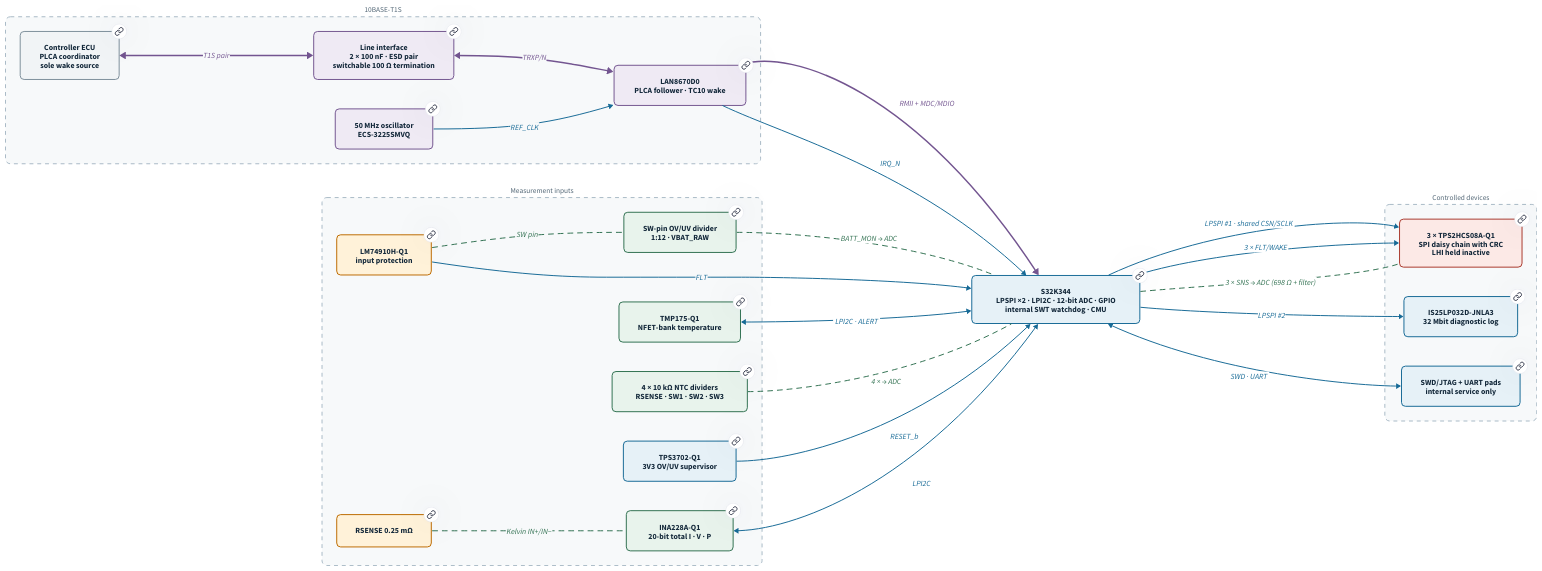
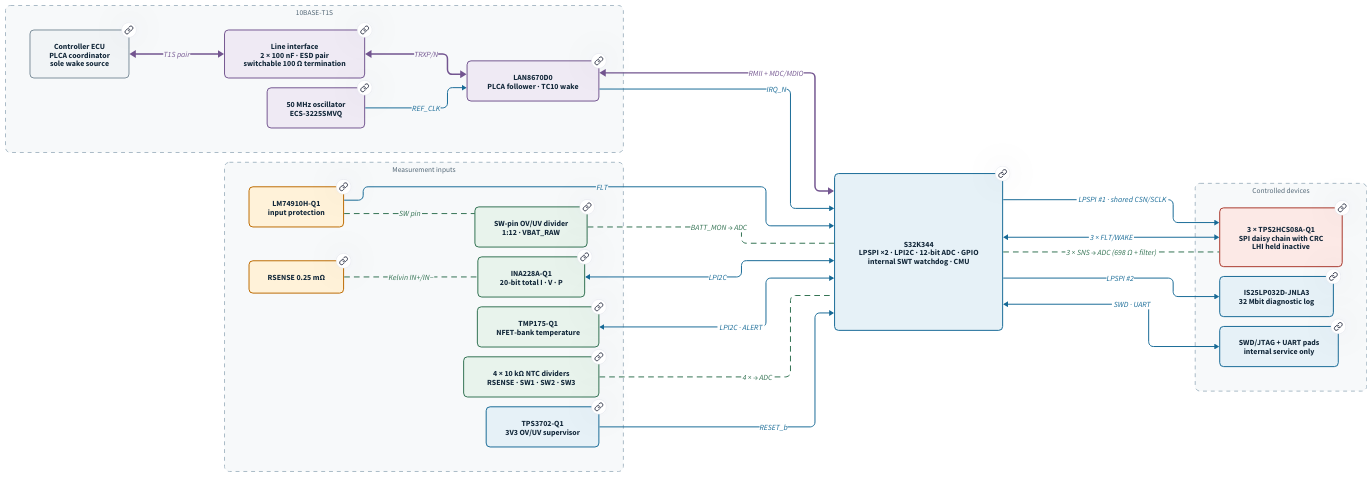
Before and after one commit to karlTbowers/node60-hw: the diagram in docs/diagram-drafts/signals.d2, drawn with D2. The commit also changed 3 other files, not shown here.

First line of the commit message:
Diagrams: set layout engines (power dagre, signals ELK), left-to-right

```diff
--- a/docs/diagram-drafts/signals.d2
+++ b/docs/diagram-drafts/signals.d2
@@ -1,68 +1,74 @@
 # Node60 · Signal architecture, digital and analog (Architecture Rev C)
 # Inputs on the left, MCU in the middle, outputs on the right.
 # Solid = digital (purple: network, blue: control buses). Dashed green = analog into the MCU ADC.
 # Every block links to its section of the architecture site.
 
 direction: right
+
+vars: {
+  d2-config: {
+    layout-engine: elk
+  }
+}
 
 classes: {
   external: {style: {fill: "#f1f4f6"; stroke: "#7d8f9b"; stroke-width: 2; border-radius: 8; font-color: "#13283a"}}
   network: {style: {fill: "#efeaf4"; stroke: "#735590"; stroke-width: 2; border-radius: 8; font-color: "#13283a"}}
   compute: {style: {fill: "#e6f1f7"; stroke: "#176a96"; stroke-width: 2; border-radius: 8; font-color: "#13283a"}}
   sense: {style: {fill: "#e8f3ec"; stroke: "#317151"; stroke-width: 2; border-radius: 8; font-color: "#13283a"}}
   battery: {style: {fill: "#fff2d9"; stroke: "#bd6b00"; stroke-width: 2; border-radius: 8; font-color: "#13283a"}}
   load: {style: {fill: "#fce9e6"; stroke: "#a9392d"; stroke-width: 2; border-radius: 8; font-color: "#13283a"}}
   group: {style: {fill: "#f7f9fa"; stroke: "#a8bac6"; stroke-dash: 4; border-radius: 10; font-color: "#536776"; font-size: 15}}
   net: {style: {stroke: "#735590"; stroke-width: 3; font-color: "#735590"}}
   dig: {style: {stroke: "#176a96"; stroke-width: 2; font-color: "#176a96"}}
   ana: {style: {stroke: "#317151"; stroke-width: 2; stroke-dash: 5; font-color: "#317151"}}
 }
 
 network: "10BASE-T1S" {
   class: group
   ecu: "Controller ECU\nPLCA coordinator\nsole wake source" {class: external; link: "#harness"}
   line: "Line interface\n2 × 100 nF · ESD pair\nswitchable 100 Ω termination" {class: network; link: "#network"}
   phy: "LAN8670D0\nPLCA follower · TC10 wake" {class: network; link: "#network"}
   osc: "50 MHz oscillator\nECS-3225SMVQ" {class: network; link: "#network"}
 }
 
 sensing: "Measurement inputs" {
   class: group
   lm: "LM74910H-Q1\ninput protection" {class: battery; link: "#power"}
   rsense: "RSENSE 0.25 mΩ" {class: battery; link: "#power"}
   div: "SW-pin OV/UV divider\n1:12 · VBAT_RAW" {class: sense; link: "#power"}
   ina: "INA228A-Q1\n20-bit total I · V · P" {class: sense; link: "#power"}
   tmp: "TMP175-Q1\nNFET-bank temperature" {class: sense; link: "#temperature"}
   ntc: "4 × 10 kΩ NTC dividers\nRSENSE · SW1 · SW2 · SW3" {class: sense; link: "#temperature"}
   sup: "TPS3702-Q1\n3V3 OV/UV supervisor" {class: compute; link: "#supervision"}
 }
 
 mcu: "S32K344\nLPSPI ×2 · LPI2C · 12-bit ADC · GPIO\ninternal SWT watchdog · CMU" {class: compute; link: "#compute"}
 
 outputs: "Controlled devices" {
   class: group
   sw: "3 × TPS2HCS08A-Q1\nSPI daisy chain with CRC\nLHI held inactive" {class: load; link: "#outputs"}
   flash: "IS25LP032D-JNLA3\n32 Mbit diagnostic log" {class: compute; link: "#firmware"}
   dbg: "SWD/JTAG + UART pads\ninternal service only" {class: compute; link: "#compute"}
 }
 
 network.ecu <-> network.line: "T1S pair" {class: net}
 network.line <-> network.phy: "TRXP/N" {class: net}
 network.osc -> network.phy: "REF_CLK" {class: dig}
 network.phy <-> mcu: "RMII + MDC/MDIO" {class: net}
 network.phy -> mcu: "IRQ_N" {class: dig}
 
 sensing.rsense -- sensing.ina: "Kelvin IN+/IN−" {class: ana}
 sensing.lm -- sensing.div: "SW pin" {class: ana}
 sensing.div -- mcu: "BATT_MON → ADC" {class: ana}
 sensing.ntc -- mcu: "4 × → ADC" {class: ana}
 sensing.ina <-> mcu: "LPI2C" {class: dig}
 sensing.tmp <-> mcu: "LPI2C · ALERT" {class: dig}
 sensing.lm -> mcu: "FLT" {class: dig}
 sensing.sup -> mcu: "RESET_b" {class: dig}
 
 mcu -> outputs.sw: "LPSPI #1 · shared CSN/SCLK" {class: dig}
 mcu <-> outputs.sw: "3 × FLT/WAKE" {class: dig}
 mcu -- outputs.sw: "3 × SNS → ADC (698 Ω + filter)" {class: ana}
 mcu -> outputs.flash: "LPSPI #2" {class: dig}
 mcu <-> outputs.dbg: "SWD · UART" {class: dig}
```
